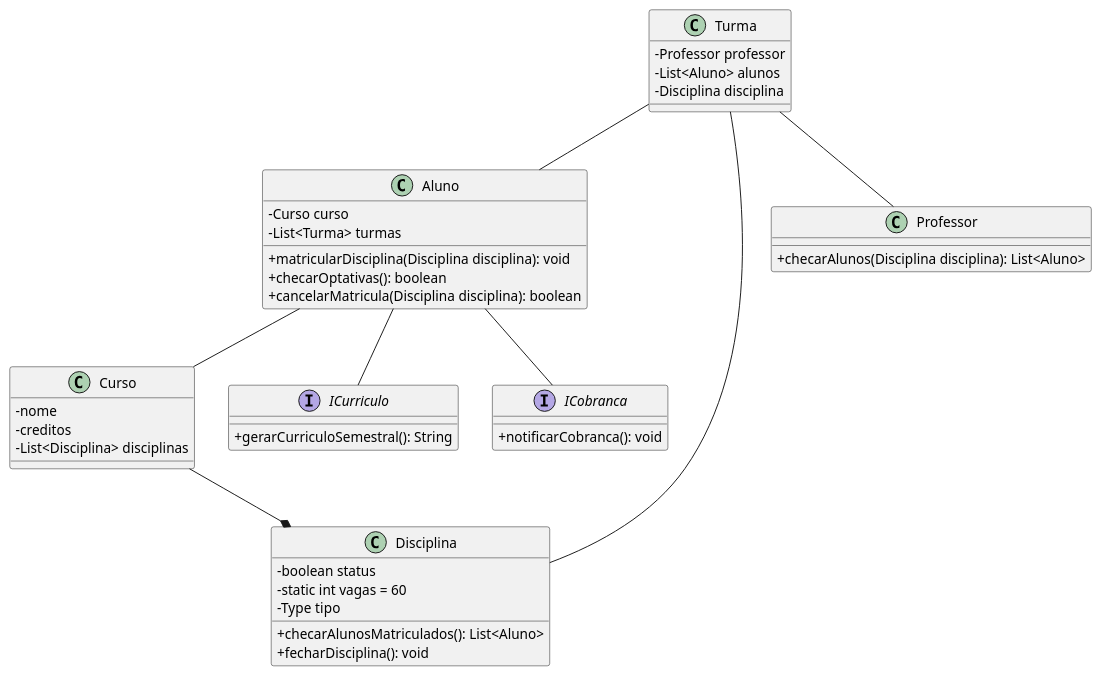
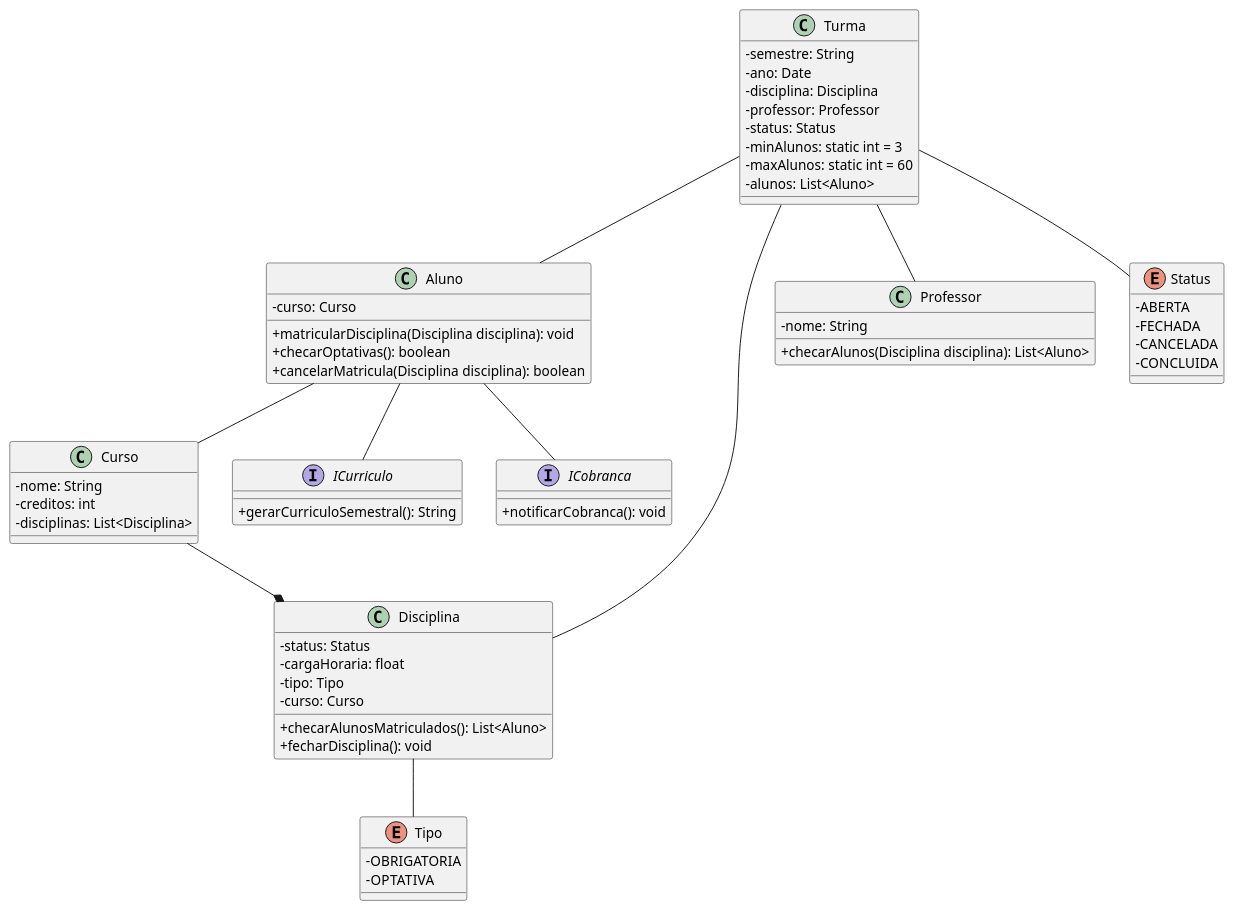
Before and after one commit to lucasxae/Enrollment-System: the diagram in Projeto/DiagramaDeClasses.puml, drawn with PlantUML.

Commit message:
feat: correção diagrama de classe

```diff
--- a/Projeto/DiagramaDeClasses.puml
+++ b/Projeto/DiagramaDeClasses.puml
@@ -1,56 +1,71 @@
 @startuml
 Aluno -- Curso
 Curso --* Disciplina
 Turma -- Professor
 Turma -- Aluno
 Turma -- Disciplina
 Aluno -- ICurriculo
 Aluno -- ICobranca
+Disciplina -- Tipo
+Turma -- Status
 
 class Curso{
-- nome
-- creditos
-- List<Disciplina> disciplinas
-
+    - nome: String
+    - creditos: int
+    - disciplinas: List<Disciplina> 
 }
 
 interface ICurriculo{
-+ gerarCurriculoSemestral(): String
+    + gerarCurriculoSemestral(): String
 }
 
 interface ICobranca{
-+ notificarCobranca(): void
+    + notificarCobranca(): void
 }
 
 class Aluno{
-- Curso curso
-- List<Turma> turmas
-+ matricularDisciplina(Disciplina disciplina): void
-+ checarOptativas(): boolean
-+ cancelarMatricula(Disciplina disciplina): boolean
+    - curso: Curso
+    + matricularDisciplina(Disciplina disciplina): void
+    + checarOptativas(): boolean
+    + cancelarMatricula(Disciplina disciplina): boolean
 }
 
 class Professor{
-+ checarAlunos(Disciplina disciplina): List<Aluno>
+    - nome: String
+    + checarAlunos(Disciplina disciplina): List<Aluno>
 }
 
-
-class Disciplina{
-- boolean status
-- static int vagas = 60
-- Type tipo
-+ checarAlunosMatriculados(): List<Aluno>
-+ fecharDisciplina(): void
-
+class Disciplina {
+    - status: Status
+    - cargaHoraria: float
+    - tipo: Tipo
+    - curso: Curso
+    + checarAlunosMatriculados(): List<Aluno>
+    + fecharDisciplina(): void
 }
 
-
+enum Tipo {
+    - OBRIGATORIA
+    - OPTATIVA
+}
 
 class Turma {
-- Professor professor
-- List<Aluno> alunos
-- Disciplina disciplina
+    - semestre: String
+    - ano: Date
+    - disciplina: Disciplina
+    - professor: Professor
+    - status: Status
+    - minAlunos: static int = 3
+    - maxAlunos: static int = 60
+    - alunos: List<Aluno>
+}
+
+enum Status {
+    - ABERTA
+    - FECHADA
+    - CANCELADA
+    - CONCLUIDA
 }
 
 skinparam classAttributeIconSize 0
 @enduml
```
